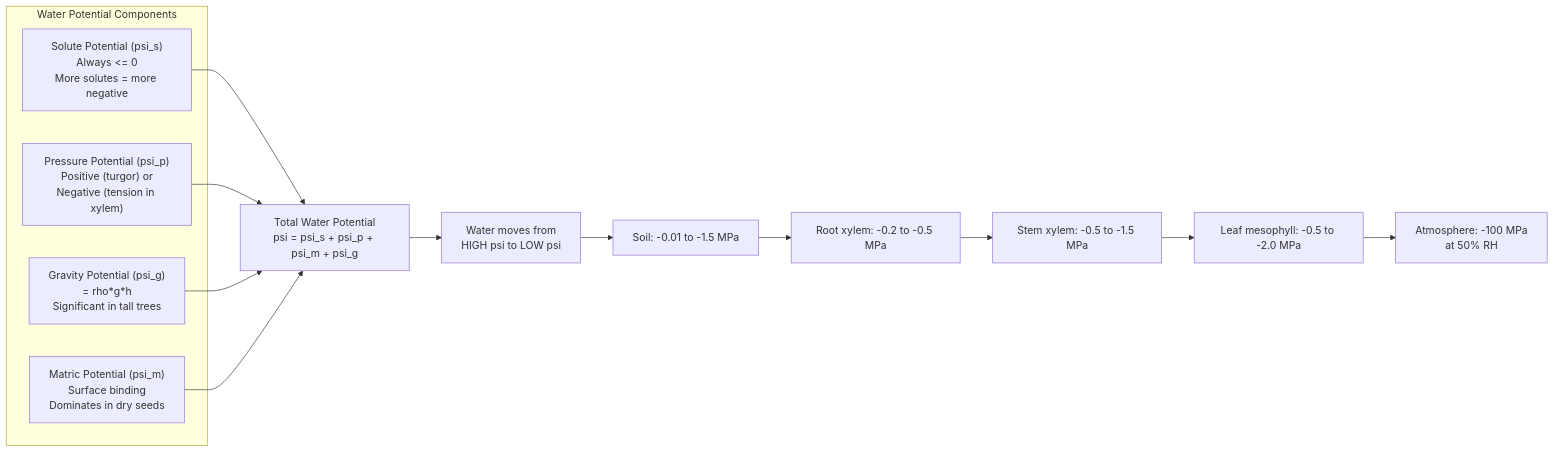
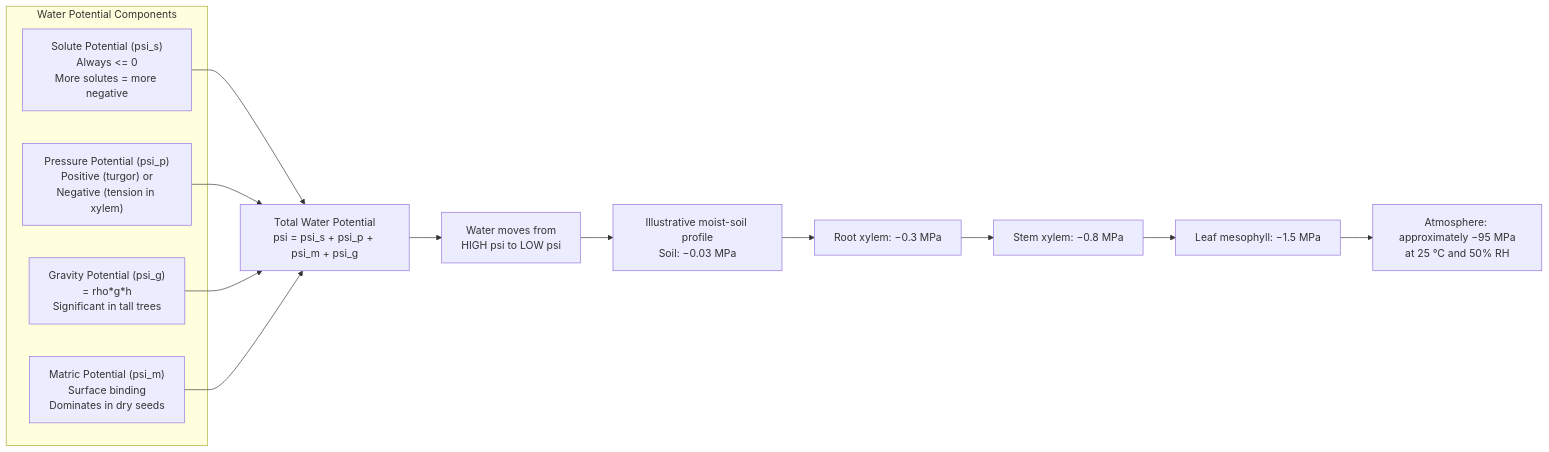
One commit to docxology/biology_textbook changed the second of 6 diagrams in docs/manuscript/unit_VIII/plant_structure_and_water.md. Above: the diagram before and after it, drawn with Mermaid. The commit also changed other lines of this file and 444 other files, not shown here.

````diff
--- a/docs/manuscript/unit_VIII/plant_structure_and_water.md
+++ b/docs/manuscript/unit_VIII/plant_structure_and_water.md
@@ -281,19 +281,19 @@
 ```mermaid
 flowchart LR
     subgraph Components ["Water Potential Components"]
         S["Solute Potential (psi_s)<br/>Always <= 0<br/>More solutes = more negative"]
         P["Pressure Potential (psi_p)<br/>Positive (turgor) or<br/>Negative (tension in xylem)"]
         G["Gravity Potential (psi_g)<br/>= rho*g*h<br/>Significant in tall trees"]
         M["Matric Potential (psi_m)<br/>Surface binding<br/>Dominates in dry seeds"]
     end
     S --> T["Total Water Potential<br/>psi = psi_s + psi_p + psi_m + psi_g"]
     P --> T
     G --> T
     M --> T
     T --> Move["Water moves from<br/>HIGH psi to LOW psi"]
-    Move --> Soil["Soil: -0.01 to -1.5 MPa"]
-    Soil --> Root["Root xylem: -0.2 to -0.5 MPa"]
-    Root --> Stem["Stem xylem: -0.5 to -1.5 MPa"]
-    Stem --> Leaf["Leaf mesophyll: -0.5 to -2.0 MPa"]
-    Leaf --> Atm["Atmosphere: -100 MPa<br/>at 50% RH"]
+    Move --> Soil["Illustrative moist-soil profile<br/>Soil: −0.03 MPa"]
+    Soil --> Root["Root xylem: −0.3 MPa"]
+    Root --> Stem["Stem xylem: −0.8 MPa"]
+    Stem --> Leaf["Leaf mesophyll: −1.5 MPa"]
+    Leaf --> Atm["Atmosphere: approximately −95 MPa<br/>at 25 °C and 50% RH"]
 ```
````
